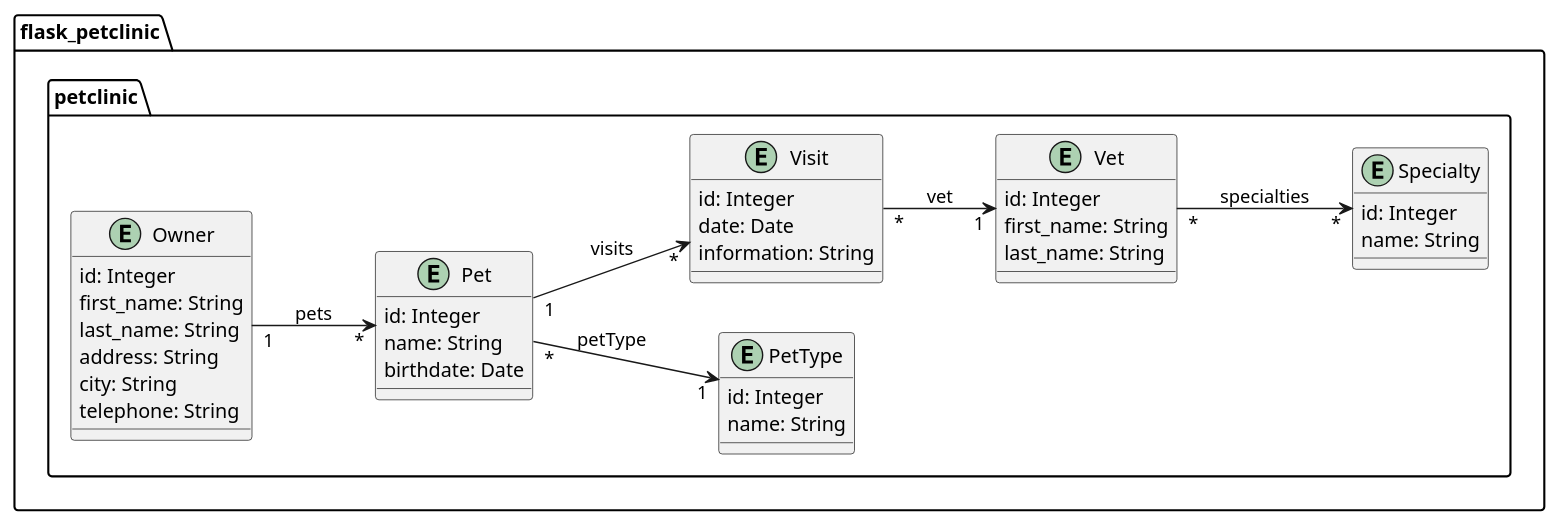
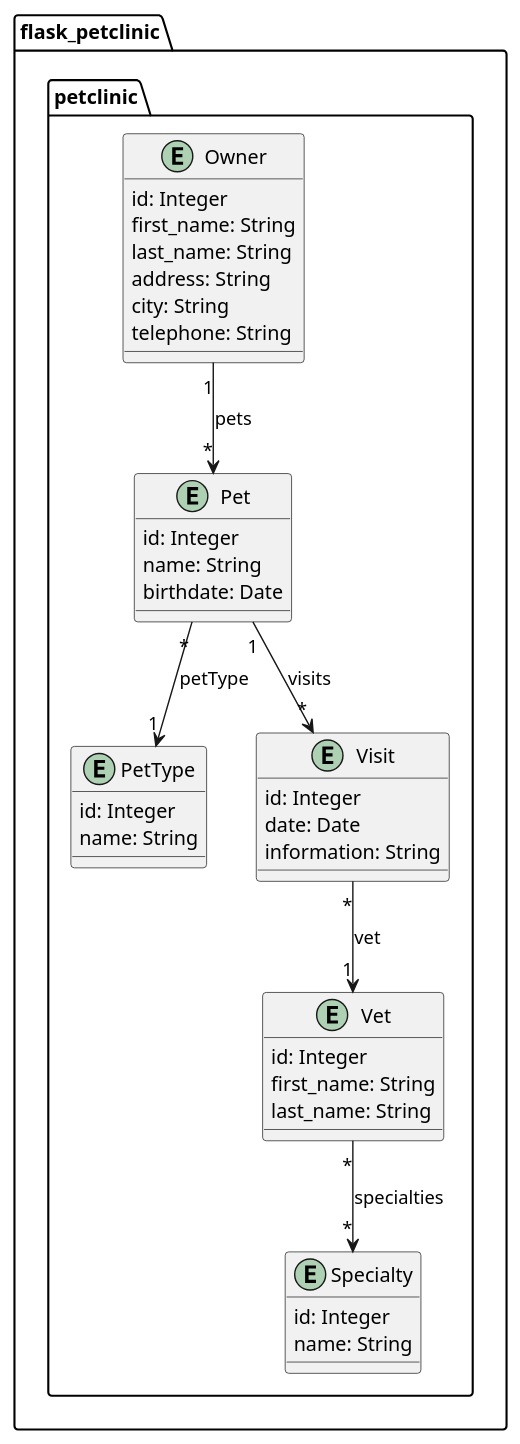
Before and after one commit to Jakarta-EE-Petclinic/petclinic_flask: the diagram in docs/uml/Domain_Class_Modell__Entities_Petclinic.puml, drawn with PlantUML. The commit also changed 3 other files, not shown here.

```diff
--- a/docs/uml/Domain_Class_Modell__Entities_Petclinic.puml
+++ b/docs/uml/Domain_Class_Modell__Entities_Petclinic.puml
@@ -1,54 +1,54 @@
 @startuml
-left to right direction
+' left to right direction
 
 package flask_petclinic {
 
    package petclinic {
 
         entity Owner {
             id: Integer
             first_name: String
             last_name: String
             address: String
             city: String
             telephone: String
         }
 
         entity Pet {
             id: Integer
             name: String
             birthdate: Date
         }
 
         entity PetType {
             id: Integer
             name: String
         }
 
         entity Visit {
             id: Integer
             date: Date
             information: String
         }
 
         entity Vet {
             id: Integer
             first_name: String
             last_name: String
         }
 
         entity Specialty {
             id: Integer
             name: String
         }
 
         Owner "1" --> "*"  Pet: pets
         Pet "*" --> "1" PetType: petType
         Pet "1" --> "*" Visit: visits
         Visit "*" --> "1" Vet: vet
         Vet "*" --> "*" Specialty: specialties
     }
 
 }
 
 @enduml
```
